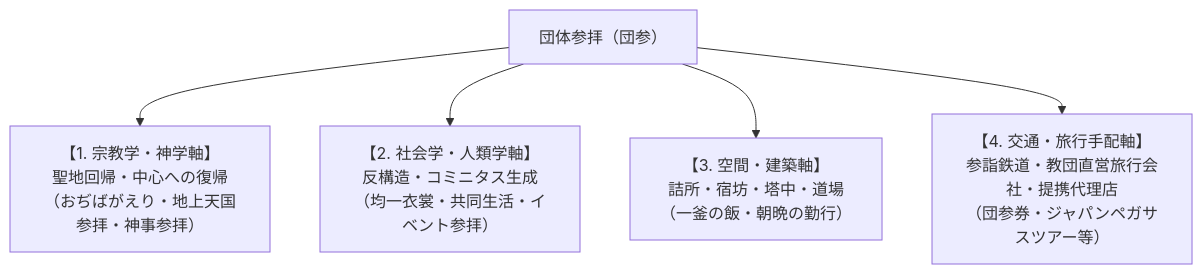
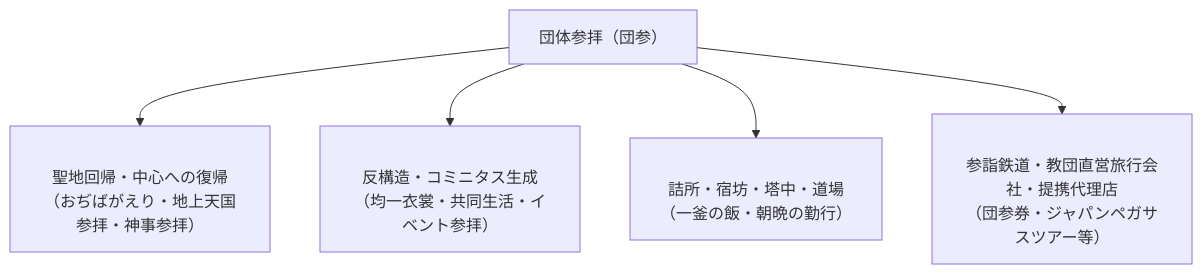
The diagram in content/01_宗派・異端研究/10_概念・原典・事件・拠点/団体参拝.md (iida-masashi/religion-garden), drawn with Mermaid before and after one commit. The commit also changed other lines of this file and 251 other files, not shown here.

````diff
--- a/content/01_宗派・異端研究/10_概念・原典・事件・拠点/団体参拝.md
+++ b/content/01_宗派・異端研究/10_概念・原典・事件・拠点/団体参拝.md
@@ -26,7 +29,7 @@
 ```mermaid
 graph TD
-    A["団体参拝（団参）"] --> B1["【1. 宗教学・神学軸】<br>聖地回帰・中心への復帰<br>（おぢばがえり・地上天国参拝・神事参拝）"]
-    A --> B2["【2. 社会学・人類学軸】<br>反構造・コミニタス生成<br>（均一衣裳・共同生活・イベント参拝）"]
-    A --> B3["【3. 空間・建築軸】<br>詰所・宿坊・塔中・道場<br>（一釜の飯・朝晩の勤行）"]
-    A --> B4["【4. 交通・旅行手配軸】<br>参詣鉄道・教団直営旅行会社・提携代理店<br>（団参券・ジャパンペガサスツアー等）"]
+A["団体参拝（団参）"] --> B1["<br>聖地回帰・中心への復帰<br>（おぢばがえり・地上天国参拝・神事参拝）"]
+A --> B2["<br>反構造・コミニタス生成<br>（均一衣裳・共同生活・イベント参拝）"]
+A --> B3["<br>詰所・宿坊・塔中・道場<br>（一釜の飯・朝晩の勤行）"]
+A --> B4["<br>参詣鉄道・教団直営旅行会社・提携代理店<br>（団参券・ジャパンペガサスツアー等）"]
 ```
````
